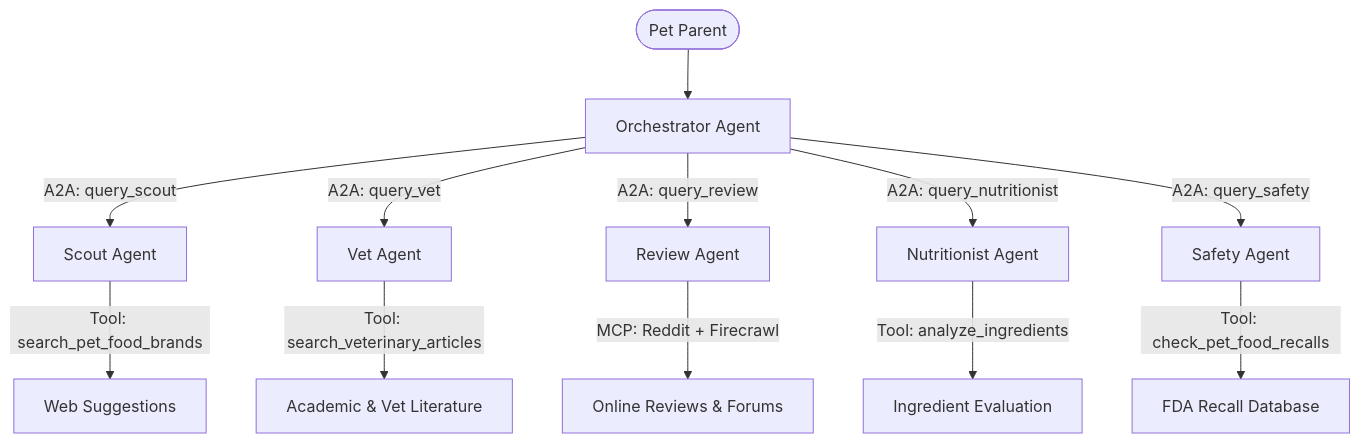
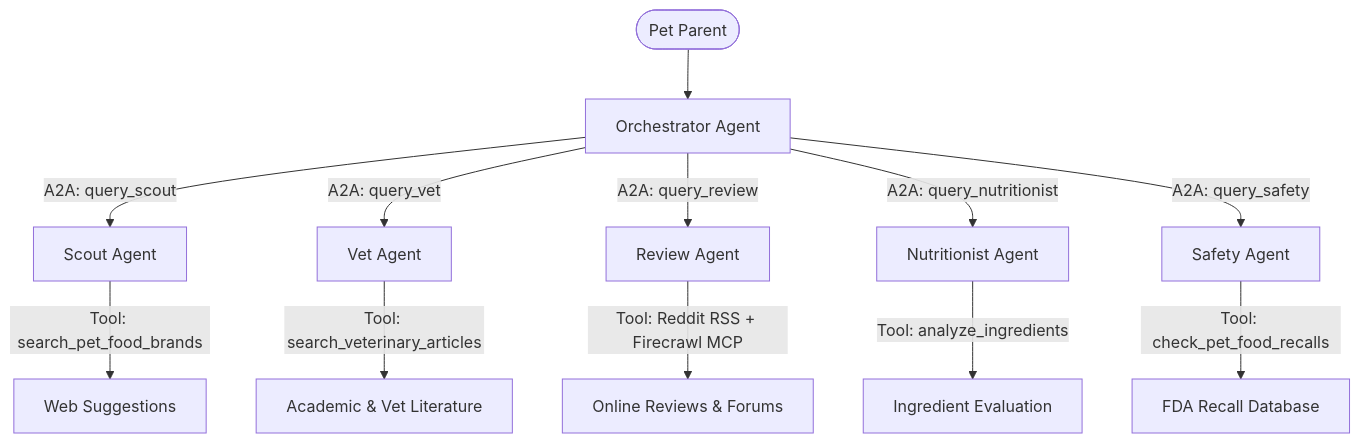
One commit to angie-n-soto/bitewise changed the diagram in README.md. Above: the diagram before and after it, drawn with Mermaid. The commit also changed other lines of this file, not shown here.

````diff
--- a/README.md
+++ b/README.md
@@ -7,16 +7,16 @@
 ```mermaid
 graph TD
     User([Pet Parent]) --> Orchestrator[Orchestrator Agent]
     
     Orchestrator -->|A2A: query_scout| Scout[Scout Agent]
     Orchestrator -->|A2A: query_vet| Vet[Vet Agent]
     Orchestrator -->|A2A: query_review| Review[Review Agent]
     Orchestrator -->|A2A: query_nutritionist| Nutritionist[Nutritionist Agent]
     Orchestrator -->|A2A: query_safety| Safety[Safety Agent]
     
     Scout -->|Tool: search_pet_food_brands| WebSearch[Web Suggestions]
     Vet -->|Tool: search_veterinary_articles| LitSearch[Academic & Vet Literature]
-    Review -->|MCP: Reddit + Firecrawl| SocialScrape[Online Reviews & Forums]
+    Review -->|Tool: Reddit RSS + Firecrawl MCP| SocialScrape[Online Reviews & Forums]
     Nutritionist -->|Tool: analyze_ingredients| IngAnalysis[Ingredient Evaluation]
     Safety -->|Tool: check_pet_food_recalls| RecallCheck[FDA Recall Database]
 ```
````
